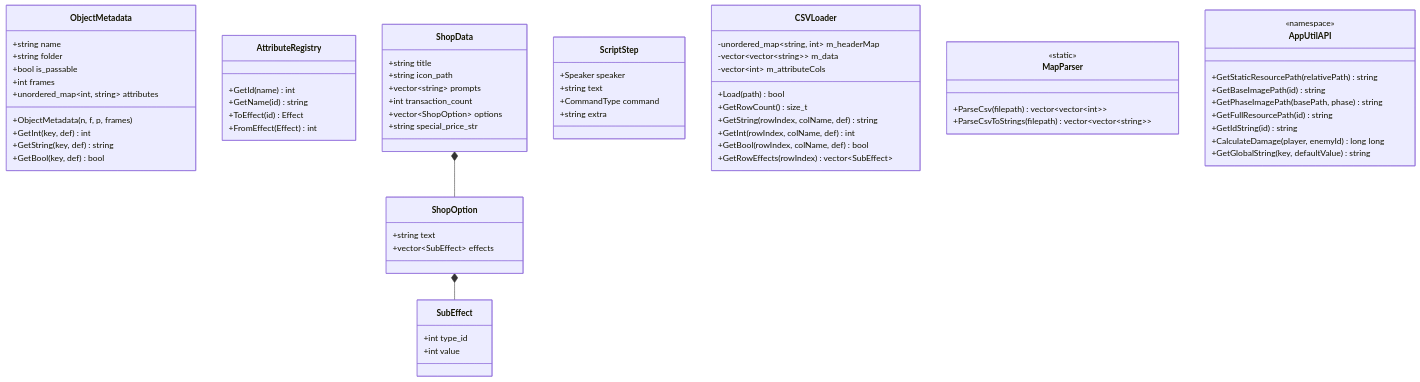
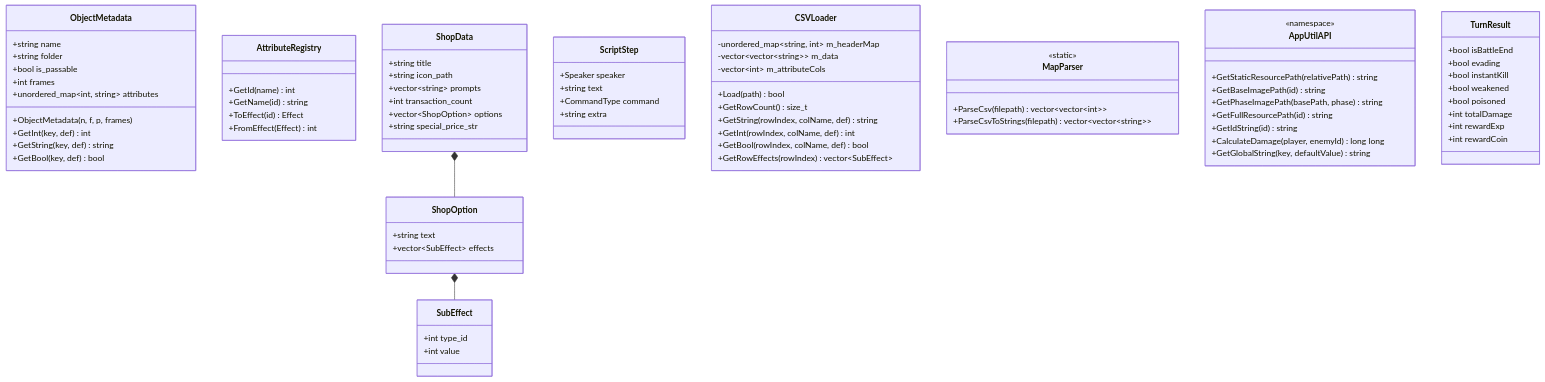
The fourth of 5 diagrams in Constructure.md (XWJWPIY/schoolwork_recreate_magic_tower), drawn with Mermaid before and after one commit. The commit also changed other lines of this file and 5 other files, not shown here.

````diff
--- a/Constructure.md
+++ b/Constructure.md
@@ -574,6 +580,17 @@
         +GetGlobalString(key, defaultValue) string
     }
 
+    class TurnResult {
+        +bool isBattleEnd
+        +bool evading
+        +bool instantKill
+        +bool weakened
+        +bool poisoned
+        +int totalDamage
+        +int rewardExp
+        +int rewardCoin
+    }
+
     ShopOption *-- SubEffect
     ShopData *-- ShopOption
 ```
````
